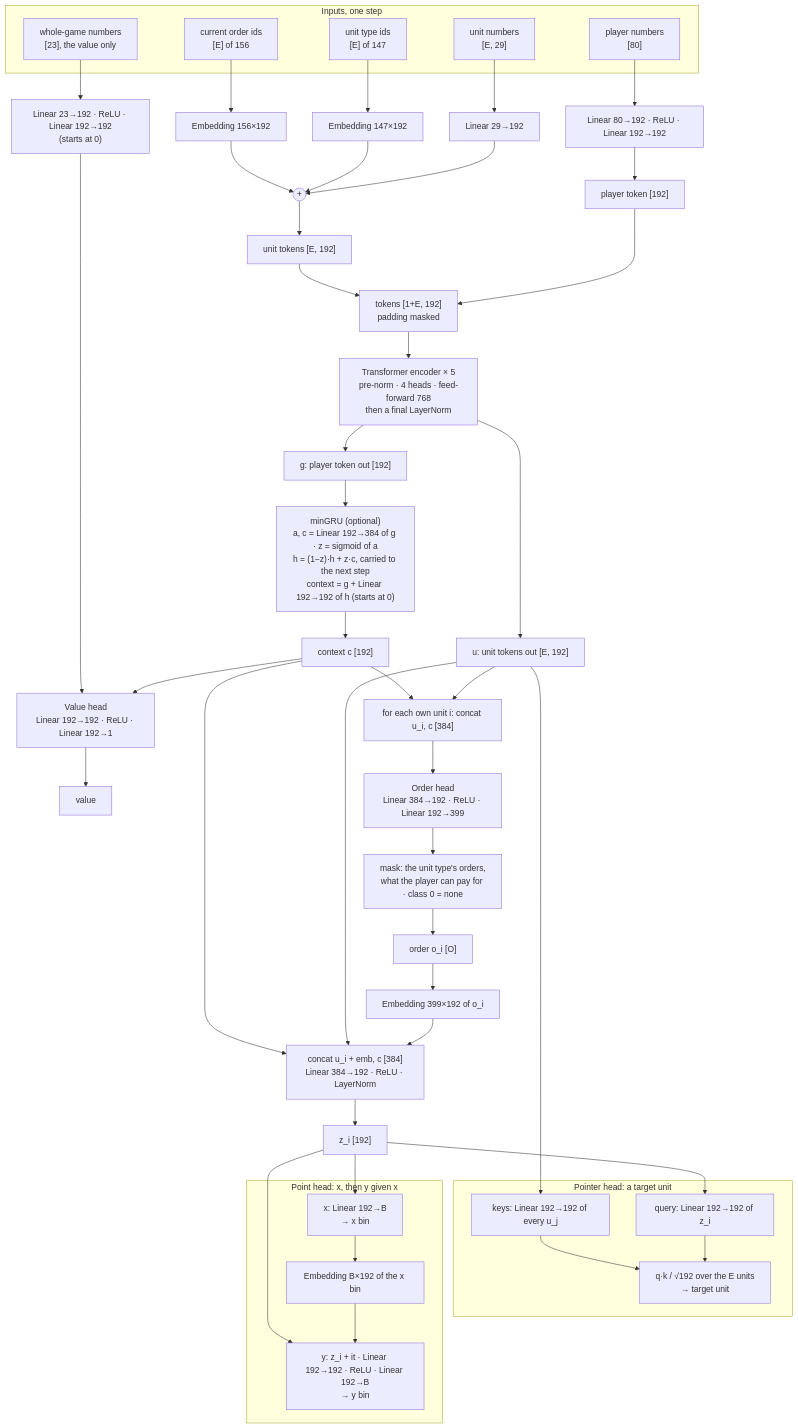
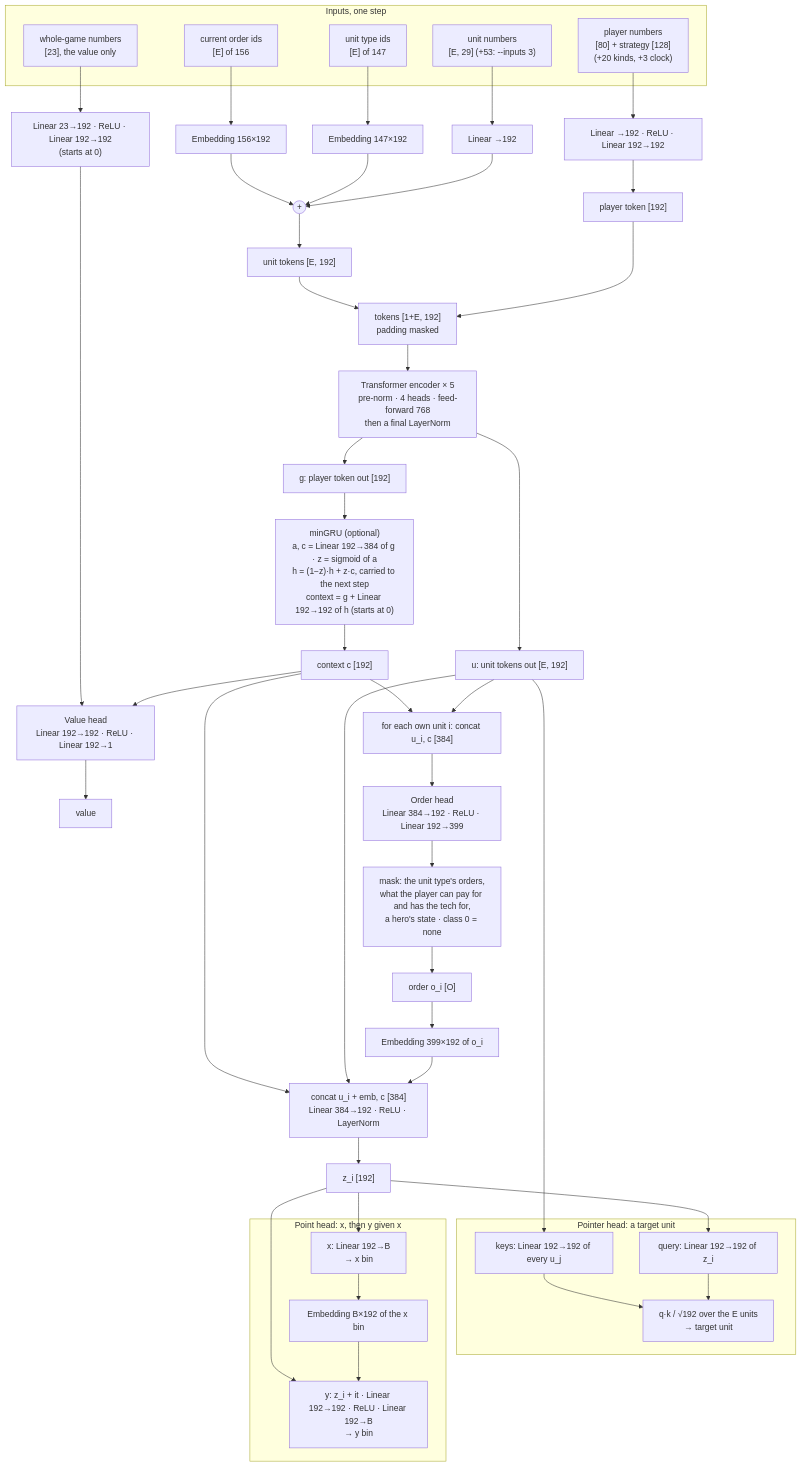
One commit to RobinKa/warcraftsim changed the first of 3 diagrams in docs/model.md. Above: the diagram before and after it, drawn with Mermaid. The commit also changed other lines of this file and 7 other files, not shown here.

````diff
--- a/docs/model.md
+++ b/docs/model.md
@@ -9,46 +9,46 @@
 ```mermaid
 flowchart TB
   subgraph IN["Inputs, one step"]
-    F["unit numbers<br/>[E, 29]"]
+    F["unit numbers<br/>[E, 29] (+53: --inputs 3)"]
     TY["unit type ids<br/>[E] of 147"]
     CO["current order ids<br/>[E] of 156"]
-    PL["player numbers<br/>[80]"]
+    PL["player numbers<br/>[80] + strategy [128]<br/>(+20 kinds, +3 clock)"]
     PV["whole-game numbers<br/>[23], the value only"]
   end
-  F --> LF["Linear 29→192"]
+  F --> LF["Linear →192"]
   TY --> ET["Embedding 147×192"]
   CO --> EC["Embedding 156×192"]
   LF --> SUM(("+"))
   ET --> SUM
   EC --> SUM
   SUM --> UT["unit tokens [E, 192]"]
-  PL --> MP["Linear 80→192 · ReLU · Linear 192→192"] --> PT["player token [192]"]
+  PL --> MP["Linear →192 · ReLU · Linear 192→192"] --> PT["player token [192]"]
   PT --> SEQ["tokens [1+E, 192]<br/>padding masked"]
   UT --> SEQ
   SEQ --> TR["Transformer encoder × 5<br/>pre-norm · 4 heads · feed-forward 768<br/>then a final LayerNorm"]
   TR --> G["g: player token out [192]"]
   TR --> U["u: unit tokens out [E, 192]"]
   G --> MEM["minGRU (optional)<br/>a, c = Linear 192→384 of g · z = sigmoid of a<br/>h = (1−z)·h + z·c, carried to the next step<br/>context = g + Linear 192→192 of h (starts at 0)"]
   MEM --> C["context c [192]"]
   C --> VH["Value head<br/>Linear 192→192 · ReLU · Linear 192→1"] --> V["value"]
   PV --> PP["Linear 23→192 · ReLU · Linear 192→192<br/>(starts at 0)"] --> VH
   U --> OI["for each own unit i: concat u_i, c [384]"]
   C --> OI
-  OI --> OH["Order head<br/>Linear 384→192 · ReLU · Linear 192→399"] --> MSK["mask: the unit type's orders,<br/>what the player can pay for · class 0 = none"] --> O1["order o_i [O]"]
+  OI --> OH["Order head<br/>Linear 384→192 · ReLU · Linear 192→399"] --> MSK["mask: the unit type's orders,<br/>what the player can pay for and has the tech for,<br/>a hero's state · class 0 = none"] --> O1["order o_i [O]"]
   O1 --> OE["Embedding 399×192 of o_i"]
   OE --> CD["concat u_i + emb, c [384]<br/>Linear 384→192 · ReLU · LayerNorm"]
   U --> CD
   C --> CD
   CD --> Z["z_i [192]"]
   subgraph PTRS["Pointer head: a target unit"]
     Q["query: Linear 192→192 of z_i"] --> PTR["q·k / √192 over the E units<br/>→ target unit"]
     K["keys: Linear 192→192 of every u_j"] --> PTR
   end
   subgraph PNT["Point head: x, then y given x"]
     PX["x: Linear 192→B<br/>→ x bin"] --> XE["Embedding B×192 of the x bin"] --> PY["y: z_i + it · Linear 192→192 · ReLU · Linear 192→B<br/>→ y bin"]
   end
   Z --> Q
   U --> K
   Z --> PX
   Z --> PY
 ```
````
